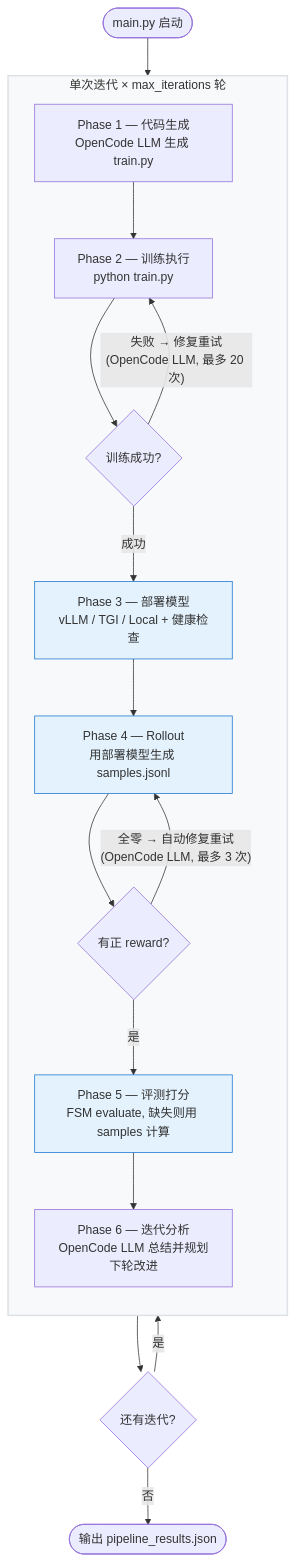
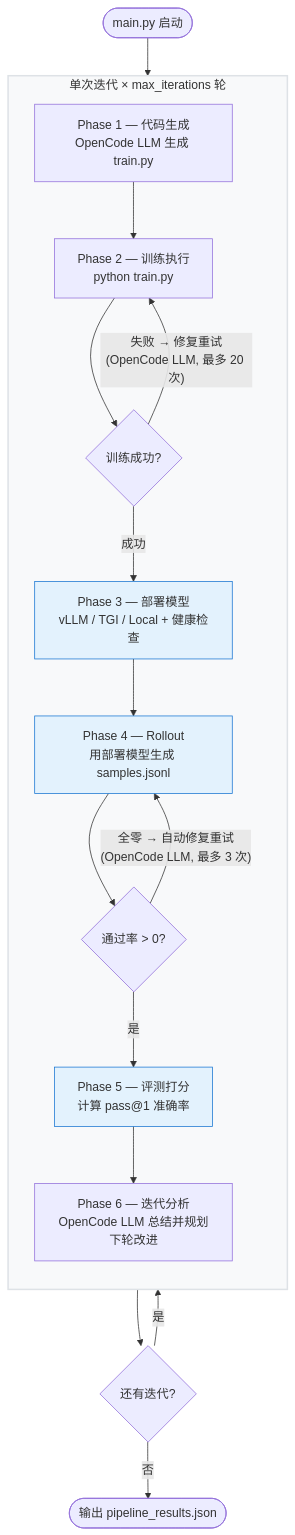
Before and after one commit to shatianming5/opencode-rl: the diagram in README.md, drawn with Mermaid.

Commit message:
Fix flowchart: clarify rollout pass-rate vs training reward
- "有正 reward?" → "通过率 > 0?" to avoid confusion with training reward
- "FSM evaluate" → "计算 pass@1 准确率" for clarity

````diff
--- a/README.md
+++ b/README.md
@@ -241,28 +241,28 @@
 ```mermaid
 flowchart TD
     Start(["main.py 启动"]) --> A
 
     subgraph Iter ["单次迭代  ×  max_iterations 轮"]
         direction TB
 
         A["Phase 1 — 代码生成<br/>OpenCode LLM 生成 train.py"]
         A --> B["Phase 2 — 训练执行<br/>python train.py"]
         B --> C{训练成功?}
         C -- "失败 → 修复重试<br/>(OpenCode LLM, 最多 20 次)" --> B
         C -- 成功 --> D["Phase 3 — 部署模型<br/>vLLM / TGI / Local + 健康检查"]
         D --> E["Phase 4 — Rollout<br/>用部署模型生成 samples.jsonl"]
-        E --> F{有正 reward?}
+        E --> F{通过率 > 0?}
         F -- "全零 → 自动修复重试<br/>(OpenCode LLM, 最多 3 次)" --> E
-        F -- 是 --> G["Phase 5 — 评测打分<br/>FSM evaluate, 缺失则用 samples 计算"]
+        F -- 是 --> G["Phase 5 — 评测打分<br/>计算 pass@1 准确率"]
         G --> H["Phase 6 — 迭代分析<br/>OpenCode LLM 总结并规划下轮改进"]
     end
 
     H --> More{还有迭代?}
     More -- 是 --> A
     More -- 否 --> End(["输出 pipeline_results.json"])
 
     style Iter fill:#f8f9fa,stroke:#dee2e6,stroke-width:2px
     style D fill:#e3f2fd,stroke:#1976d2
     style E fill:#e3f2fd,stroke:#1976d2
     style G fill:#e3f2fd,stroke:#1976d2
 ```
````
